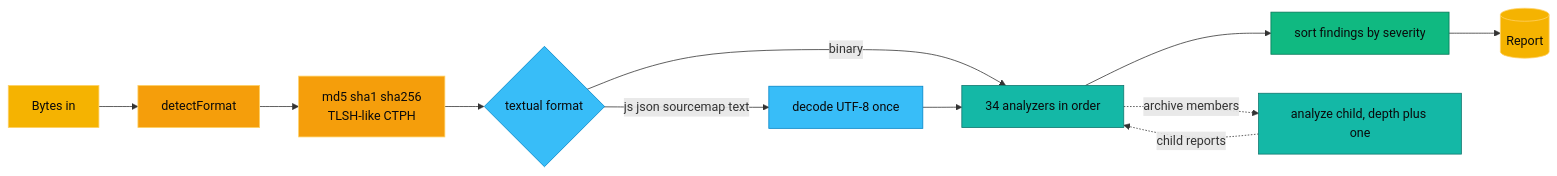
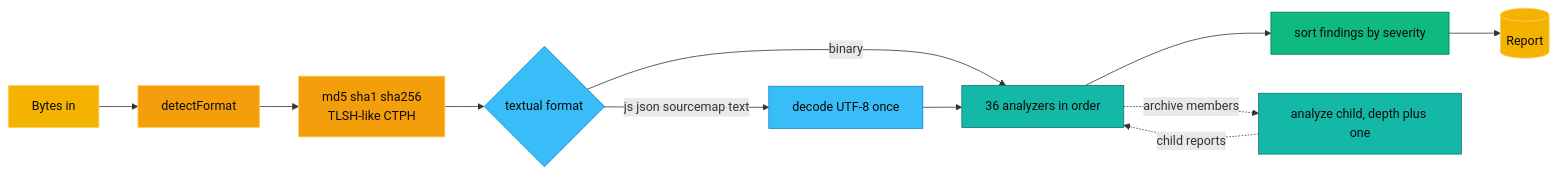
Before and after one commit to aniruddhaadak80/re: the first of 3 diagrams in docs/architecture.md, drawn with Mermaid. The commit also changed other lines of this file and 24 other files, not shown here.

````diff
--- a/docs/architecture.md
+++ b/docs/architecture.md
@@ -36,18 +36,18 @@
 ```mermaid
 flowchart LR
   IN[Bytes in]:::gold --> FMT[detectFormat]:::amber
   FMT --> HASH[md5 sha1 sha256<br/>TLSH-like CTPH]:::amber
   HASH --> TXT{textual format}:::sky
   TXT -->|js json sourcemap text| DEC[decode UTF-8 once]:::sky
   TXT -->|binary| LOOP
-  DEC --> LOOP[34 analyzers in order]:::teal
+  DEC --> LOOP[36 analyzers in order]:::teal
   LOOP --> SORT[sort findings by severity]:::emerald
   SORT --> REP[(Report)]:::gold
   LOOP -. archive members .-> CHILD[analyze child, depth plus one]:::teal
   CHILD -. child reports .-> LOOP
   classDef gold fill:#F5B301,stroke:#FFD166,color:#0A0A0B
   classDef amber fill:#F59E0B,stroke:#FFD166,color:#0A0A0B
   classDef teal fill:#14B8A6,stroke:#0F766E,color:#0A0A0B
   classDef emerald fill:#10B981,stroke:#047857,color:#0A0A0B
   classDef sky fill:#38BDF8,stroke:#0284C7,color:#0A0A0B
 ```
````
